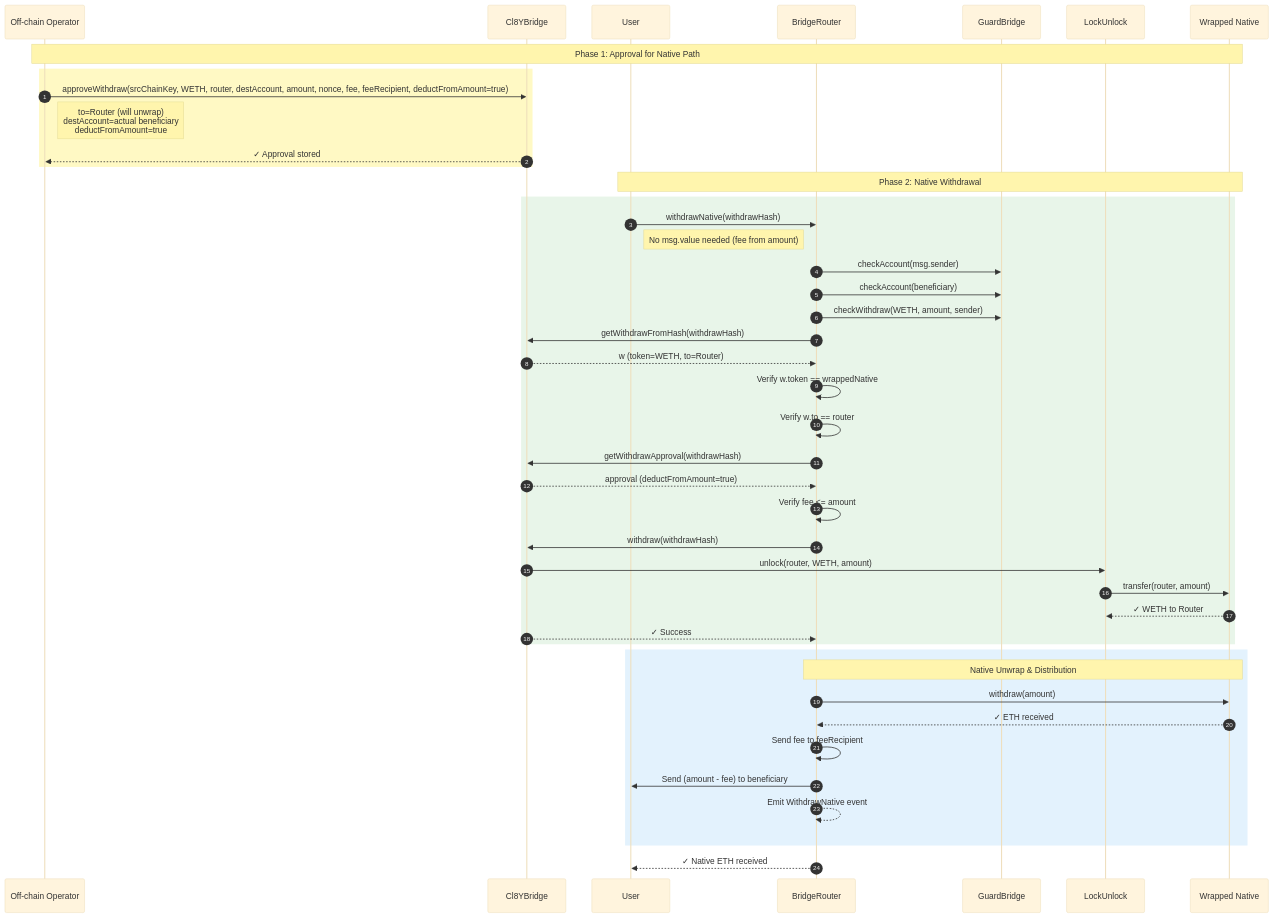
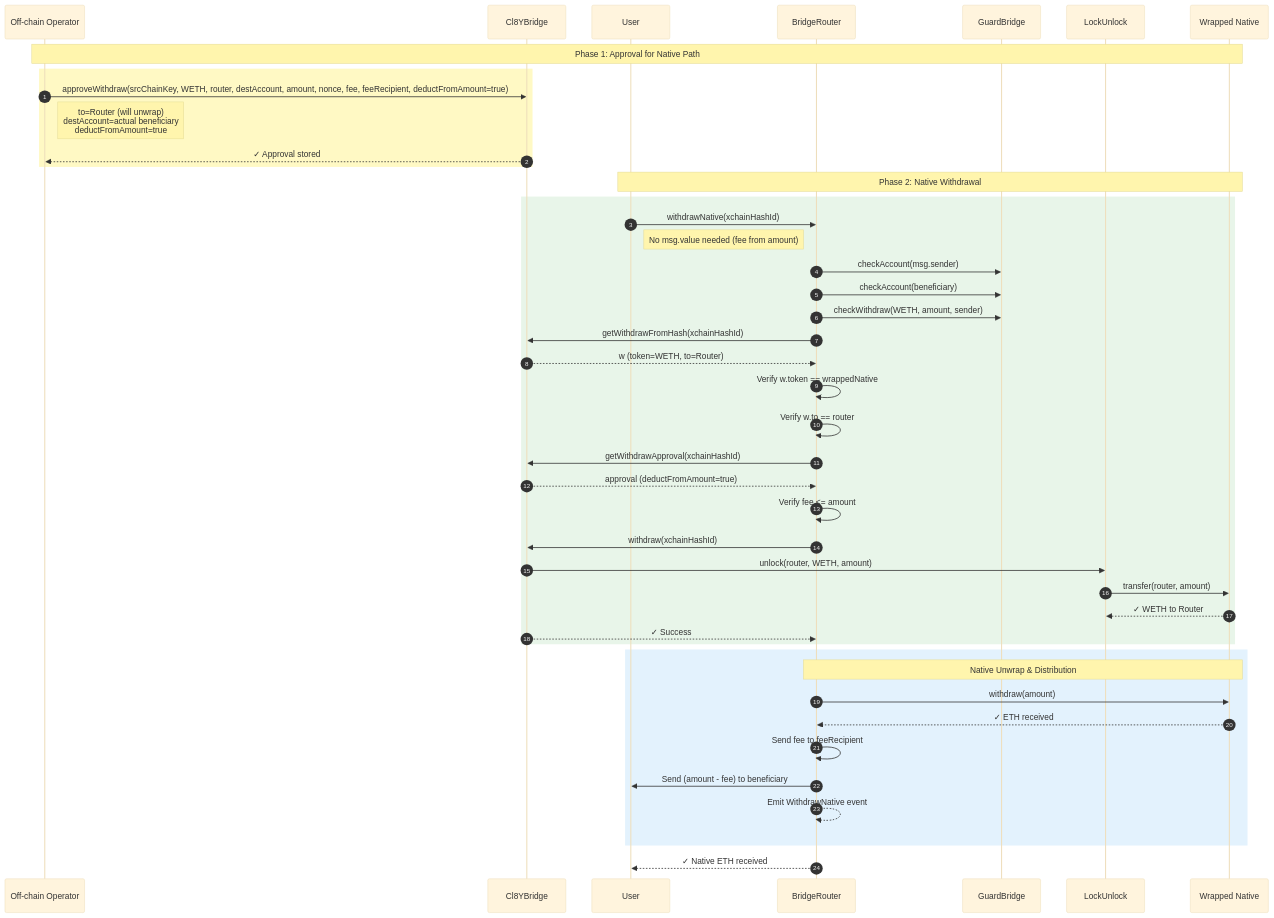
The fifth of 9 diagrams in packages/contracts-evm/CODE_REVIEW.md (PlasticDigits/cl8y-bridge-monorepo), drawn with Mermaid (base theme) before and after one commit. The commit also changed other lines of this file and 134 other files, not shown here.

First line of the commit message:
chore: bridge hash parity, verification, and transfer updates

````diff
--- a/packages/contracts-evm/CODE_REVIEW.md
+++ b/packages/contracts-evm/CODE_REVIEW.md
@@ -740,57 +740,57 @@
 ```mermaid
 sequenceDiagram
     autonumber
     participant Operator as Off-chain Operator
     participant Bridge as Cl8YBridge
     participant User
     participant Router as BridgeRouter
     participant Guard as GuardBridge
     participant LU as LockUnlock
     participant WETH as Wrapped Native
 
     Note over Operator,WETH: Phase 1: Approval for Native Path
     
     rect rgb(255, 249, 196)
         Operator->>Bridge: approveWithdraw(srcChainKey, WETH, router, destAccount, amount, nonce, fee, feeRecipient, deductFromAmount=true)
         Note right of Operator: to=Router (will unwrap)<br/>destAccount=actual beneficiary<br/>deductFromAmount=true
         Bridge-->>Operator: ✓ Approval stored
     end
     
     Note over User,WETH: Phase 2: Native Withdrawal
     
     rect rgb(232, 245, 233)
-        User->>Router: withdrawNative(withdrawHash)
+        User->>Router: withdrawNative(xchainHashId)
         Note right of User: No msg.value needed (fee from amount)
         
         Router->>Guard: checkAccount(msg.sender)
         Router->>Guard: checkAccount(beneficiary)
         Router->>Guard: checkWithdraw(WETH, amount, sender)
         
-        Router->>Bridge: getWithdrawFromHash(withdrawHash)
+        Router->>Bridge: getWithdrawFromHash(xchainHashId)
         Bridge-->>Router: w (token=WETH, to=Router)
         Router->>Router: Verify w.token == wrappedNative
         Router->>Router: Verify w.to == router
         
-        Router->>Bridge: getWithdrawApproval(withdrawHash)
+        Router->>Bridge: getWithdrawApproval(xchainHashId)
         Bridge-->>Router: approval (deductFromAmount=true)
         Router->>Router: Verify fee <= amount
         
-        Router->>Bridge: withdraw(withdrawHash)
+        Router->>Bridge: withdraw(xchainHashId)
         Bridge->>LU: unlock(router, WETH, amount)
         LU->>WETH: transfer(router, amount)
         WETH-->>LU: ✓ WETH to Router
         Bridge-->>Router: ✓ Success
     end
     
     rect rgb(227, 242, 253)
         Note over Router,WETH: Native Unwrap & Distribution
         Router->>WETH: withdraw(amount)
         WETH-->>Router: ✓ ETH received
         
         Router->>Router: Send fee to feeRecipient
         Router->>User: Send (amount - fee) to beneficiary
         Router-->>Router: Emit WithdrawNative event
     end
     
     Router-->>User: ✓ Native ETH received
 ```
````
